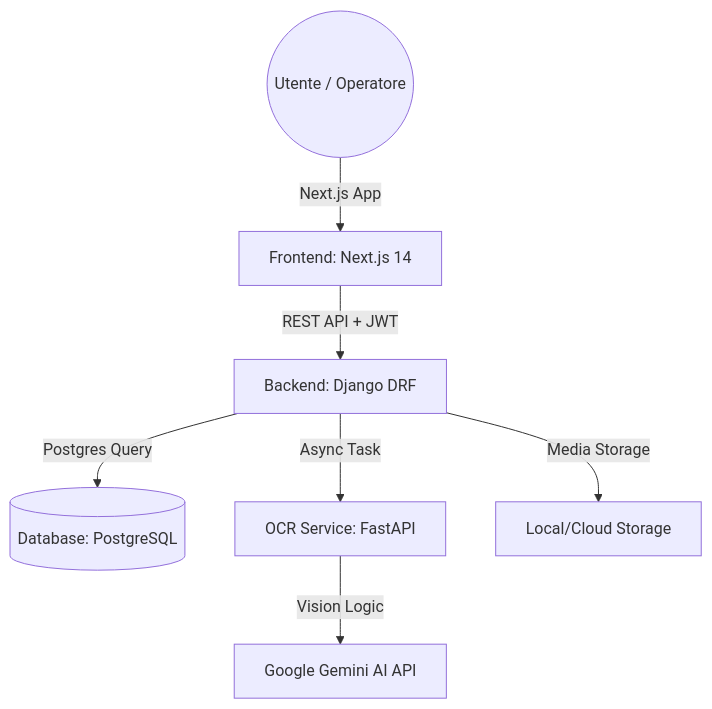
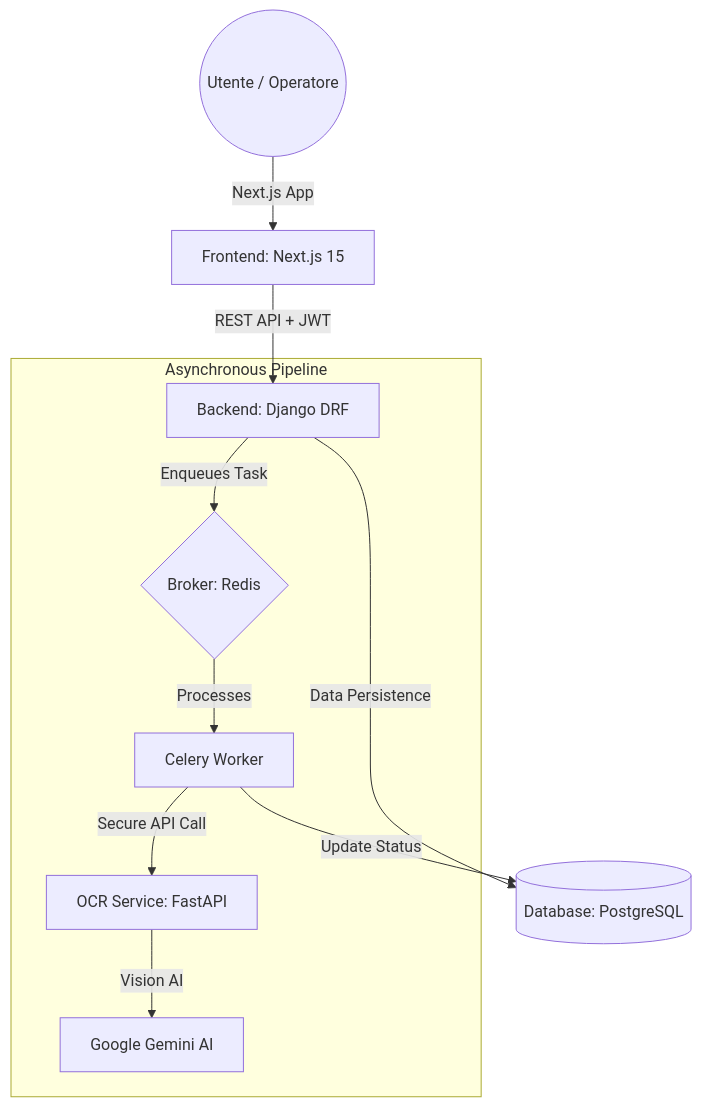
The diagram in README.md (dominiksundas8/ocr-platform), drawn with Mermaid before and after one commit. The commit also changed other lines of this file, not shown here.

Commit message:
docs: finalize professional README with detailed architecture and components

````diff
--- a/README.md
+++ b/README.md
@@ -11,9 +11,15 @@
 ```mermaid
 graph TD
-    User((Utente / Operatore)) -->|Next.js App| Frontend[Frontend: Next.js 14]
+    User((Utente / Operatore)) -->|Next.js App| Frontend[Frontend: Next.js 15]
     Frontend -->|REST API + JWT| Backend[Backend: Django DRF]
-    Backend -->|Postgres Query| DB[(Database: PostgreSQL)]
-    Backend -->|Async Task| OCR[OCR Service: FastAPI]
-    OCR -->|Vision Logic| Gemini[Google Gemini AI API]
-    Backend -->|Media Storage| Storage[Local/Cloud Storage]
+    
+    subgraph "Asynchronous Pipeline"
+        Backend -->|Enqueues Task| Redis{Broker: Redis}
+        Redis -->|Processes| Worker[Celery Worker]
+        Worker -->|Secure API Call| OCR[OCR Service: FastAPI]
+        OCR -->|Vision AI| Gemini[Google Gemini AI]
+    end
+    
+    Backend -->|Data Persistence| DB[(Database: PostgreSQL)]
+    Worker -->|Update Status| DB
 ```
````
